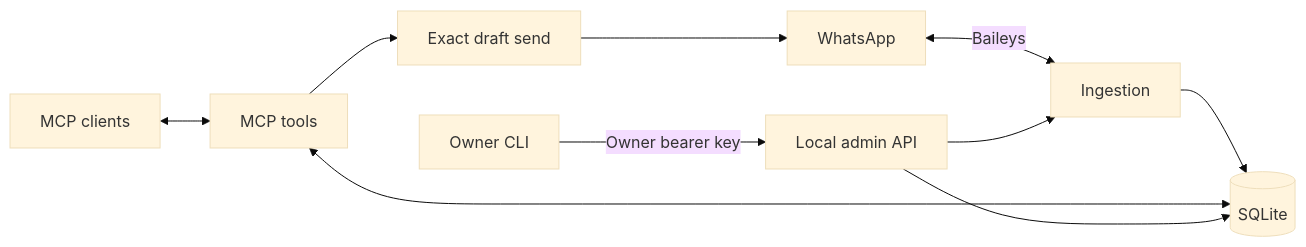
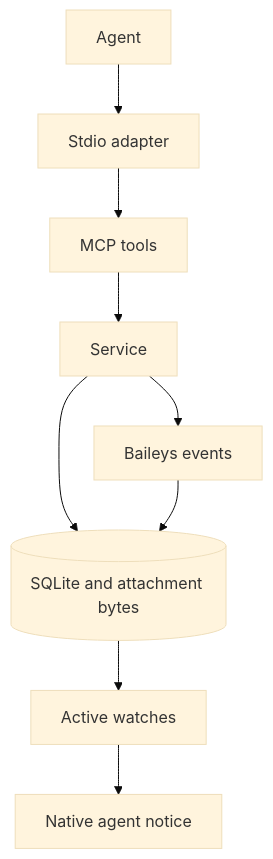
The diagram in docs/design.md (ishwar00/whatsapp-mcp), drawn with Mermaid (base theme) before and after one commit. The commit also changed other lines of this file and 30 other files, not shown here.

Commit message:
Simplify MCP to eight tools with native reply notifications

````diff
--- a/docs/design.md
+++ b/docs/design.md
@@ -6,12 +5,11 @@
 ```mermaid
-flowchart LR
-    WA[WhatsApp] <-->|Baileys| I[Ingestion]
-    I --> DB[(SQLite)]
-    A[MCP clients] <--> M[MCP tools]
-    M <--> DB
-    M --> S[Exact draft send]
-    S --> WA
-    O[Owner CLI] -->|Owner bearer key| H[Local admin API]
-    H --> I
-    H --> DB
+flowchart TD
+    A[Agent] --> P[Stdio adapter]
+    P --> M[MCP tools]
+    M --> S[Service]
+    S --> DB[(SQLite and attachment bytes)]
+    W[Baileys events] --> DB
+    S --> W
+    DB --> R[Active watches]
+    R --> N[Native agent notice]
 ```
````
